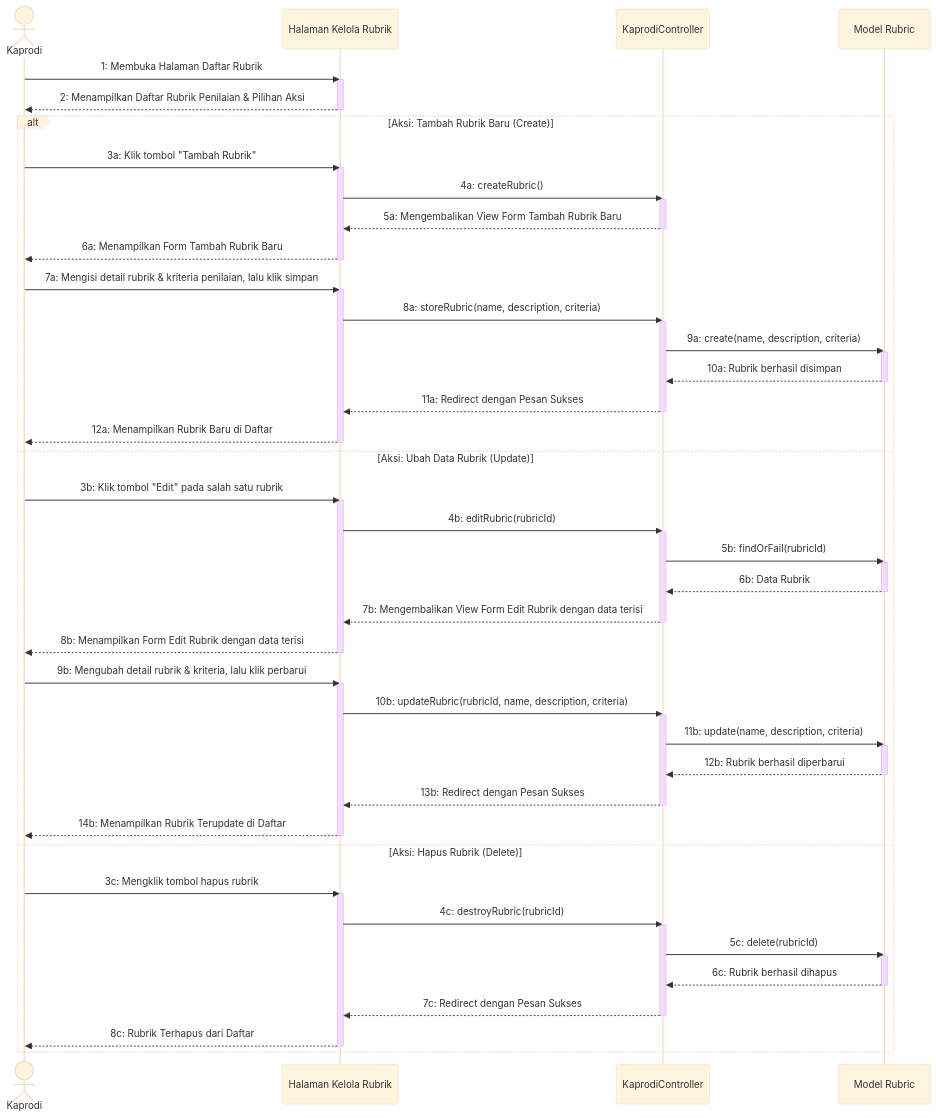
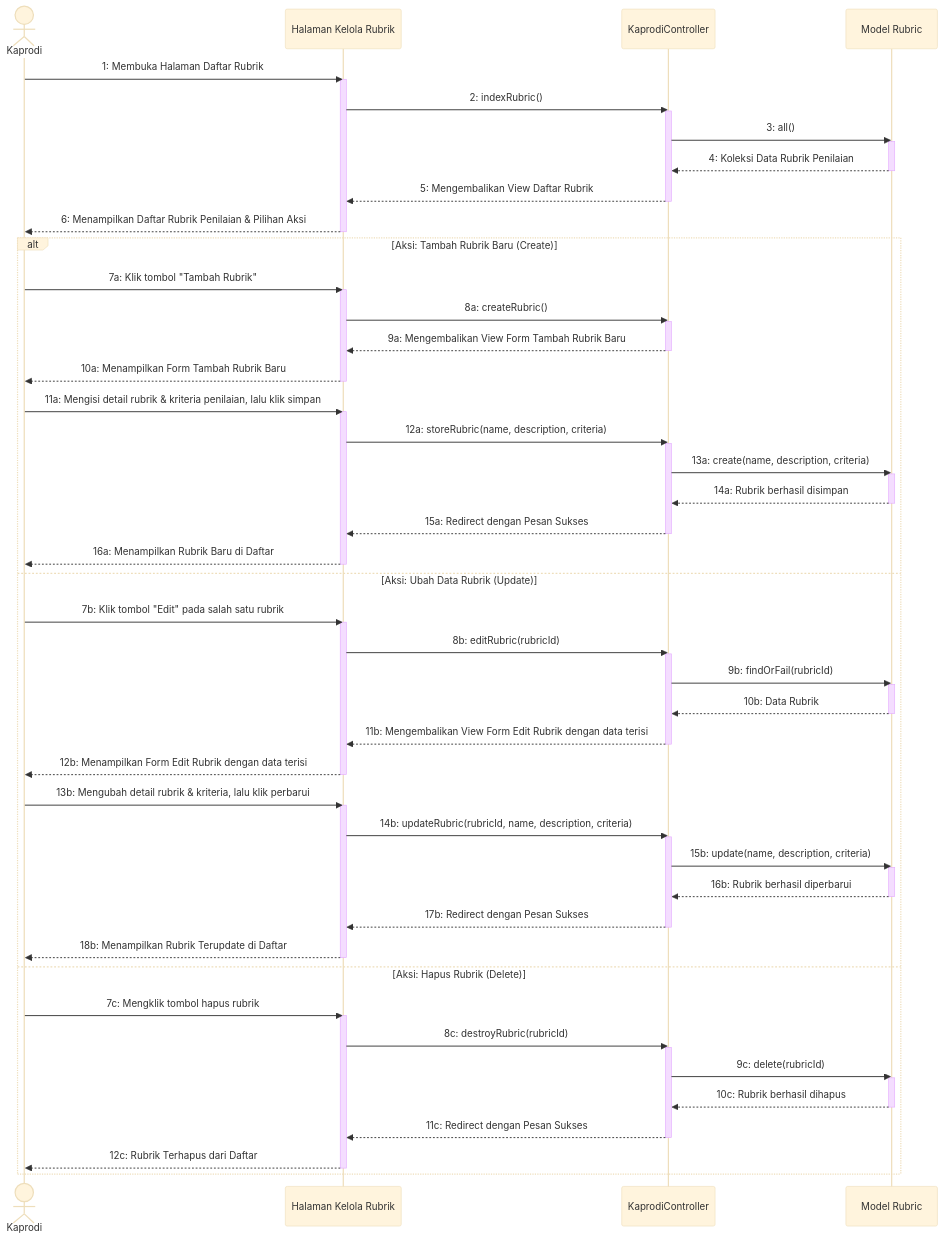
One commit to Duandi04/ta_submission changed the diagram in docs/uml/Sequence Diagram/Kaprodi/sequence_diagram_kelola_rubrik_penilaian.md. Above: the diagram before and after it, drawn with Mermaid (base theme). The commit also changed 7 other files, not shown here.

Commit message:
docs: add sequence diagrams for Kaprodi management and user profile features

````diff
--- a/docs/uml/Sequence Diagram/Kaprodi/sequence_diagram_kelola_rubrik_penilaian.md
+++ b/docs/uml/Sequence Diagram/Kaprodi/sequence_diagram_kelola_rubrik_penilaian.md
@@ -14,74 +14,82 @@
     %% ==========================================
     Kaprodi->>UI: 1: Membuka Halaman Daftar Rubrik
     activate UI
-    UI-->>Kaprodi: 2: Menampilkan Daftar Rubrik Penilaian & Pilihan Aksi
+    UI->>Ctrl: 2: indexRubric()
+    activate Ctrl
+    Ctrl->>Model: 3: all()
+    activate Model
+    Model-->>Ctrl: 4: Koleksi Data Rubrik Penilaian
+    deactivate Model
+    Ctrl-->>UI: 5: Mengembalikan View Daftar Rubrik
+    deactivate Ctrl
+    UI-->>Kaprodi: 6: Menampilkan Daftar Rubrik Penilaian & Pilihan Aksi
     deactivate UI
 
     %% ==========================================
     %% TAHAP LANJUTAN: PILIHAN TINDAKAN (ALT BLOCK)
     %% ==========================================
     alt Aksi: Tambah Rubrik Baru (Create)
-        Kaprodi->>UI: 3a: Klik tombol "Tambah Rubrik"
+        Kaprodi->>UI: 7a: Klik tombol "Tambah Rubrik"
         activate UI
-        UI->>Ctrl: 4a: createRubric()
+        UI->>Ctrl: 8a: createRubric()
         activate Ctrl
-        Ctrl-->>UI: 5a: Mengembalikan View Form Tambah Rubrik Baru
+        Ctrl-->>UI: 9a: Mengembalikan View Form Tambah Rubrik Baru
         deactivate Ctrl
-        UI-->>Kaprodi: 6a: Menampilkan Form Tambah Rubrik Baru
+        UI-->>Kaprodi: 10a: Menampilkan Form Tambah Rubrik Baru
         deactivate UI
 
-        Kaprodi->>UI: 7a: Mengisi detail rubrik & kriteria penilaian, lalu klik simpan
+        Kaprodi->>UI: 11a: Mengisi detail rubrik & kriteria penilaian, lalu klik simpan
         activate UI
-        UI->>Ctrl: 8a: storeRubric(name, description, criteria)
+        UI->>Ctrl: 12a: storeRubric(name, description, criteria)
         activate Ctrl
-        Ctrl->>Model: 9a: create(name, description, criteria)
+        Ctrl->>Model: 13a: create(name, description, criteria)
         activate Model
-        Model-->>Ctrl: 10a: Rubrik berhasil disimpan
+        Model-->>Ctrl: 14a: Rubrik berhasil disimpan
         deactivate Model
-        Ctrl-->>UI: 11a: Redirect dengan Pesan Sukses
+        Ctrl-->>UI: 15a: Redirect dengan Pesan Sukses
         deactivate Ctrl
-        UI-->>Kaprodi: 12a: Menampilkan Rubrik Baru di Daftar
+        UI-->>Kaprodi: 16a: Menampilkan Rubrik Baru di Daftar
         deactivate UI
 
     else Aksi: Ubah Data Rubrik (Update)
-        Kaprodi->>UI: 3b: Klik tombol "Edit" pada salah satu rubrik
+        Kaprodi->>UI: 7b: Klik tombol "Edit" pada salah satu rubrik
         activate UI
-        UI->>Ctrl: 4b: editRubric(rubricId)
+        UI->>Ctrl: 8b: editRubric(rubricId)
         activate Ctrl
-        Ctrl->>Model: 5b: findOrFail(rubricId)
+        Ctrl->>Model: 9b: findOrFail(rubricId)
         activate Model
-        Model-->>Ctrl: 6b: Data Rubrik
+        Model-->>Ctrl: 10b: Data Rubrik
         deactivate Model
-        Ctrl-->>UI: 7b: Mengembalikan View Form Edit Rubrik dengan data terisi
+        Ctrl-->>UI: 11b: Mengembalikan View Form Edit Rubrik dengan data terisi
         deactivate Ctrl
-        UI-->>Kaprodi: 8b: Menampilkan Form Edit Rubrik dengan data terisi
+        UI-->>Kaprodi: 12b: Menampilkan Form Edit Rubrik dengan data terisi
         deactivate UI
 
-        Kaprodi->>UI: 9b: Mengubah detail rubrik & kriteria, lalu klik perbarui
+        Kaprodi->>UI: 13b: Mengubah detail rubrik & kriteria, lalu klik perbarui
         activate UI
-        UI->>Ctrl: 10b: updateRubric(rubricId, name, description, criteria)
+        UI->>Ctrl: 14b: updateRubric(rubricId, name, description, criteria)
         activate Ctrl
-        Ctrl->>Model: 11b: update(name, description, criteria)
+        Ctrl->>Model: 15b: update(name, description, criteria)
         activate Model
-        Model-->>Ctrl: 12b: Rubrik berhasil diperbarui
+        Model-->>Ctrl: 16b: Rubrik berhasil diperbarui
         deactivate Model
-        Ctrl-->>UI: 13b: Redirect dengan Pesan Sukses
+        Ctrl-->>UI: 17b: Redirect dengan Pesan Sukses
         deactivate Ctrl
-        UI-->>Kaprodi: 14b: Menampilkan Rubrik Terupdate di Daftar
+        UI-->>Kaprodi: 18b: Menampilkan Rubrik Terupdate di Daftar
         deactivate UI
 
     else Aksi: Hapus Rubrik (Delete)
-        Kaprodi->>UI: 3c: Mengklik tombol hapus rubrik
+        Kaprodi->>UI: 7c: Mengklik tombol hapus rubrik
         activate UI
-        UI->>Ctrl: 4c: destroyRubric(rubricId)
+        UI->>Ctrl: 8c: destroyRubric(rubricId)
         activate Ctrl
-        Ctrl->>Model: 5c: delete(rubricId)
+        Ctrl->>Model: 9c: delete(rubricId)
         activate Model
-        Model-->>Ctrl: 6c: Rubrik berhasil dihapus
+        Model-->>Ctrl: 10c: Rubrik berhasil dihapus
         deactivate Model
-        Ctrl-->>UI: 7c: Redirect dengan Pesan Sukses
+        Ctrl-->>UI: 11c: Redirect dengan Pesan Sukses
         deactivate Ctrl
-        UI-->>Kaprodi: 8c: Rubrik Terhapus dari Daftar
+        UI-->>Kaprodi: 12c: Rubrik Terhapus dari Daftar
         deactivate UI
     end
 ```
````
